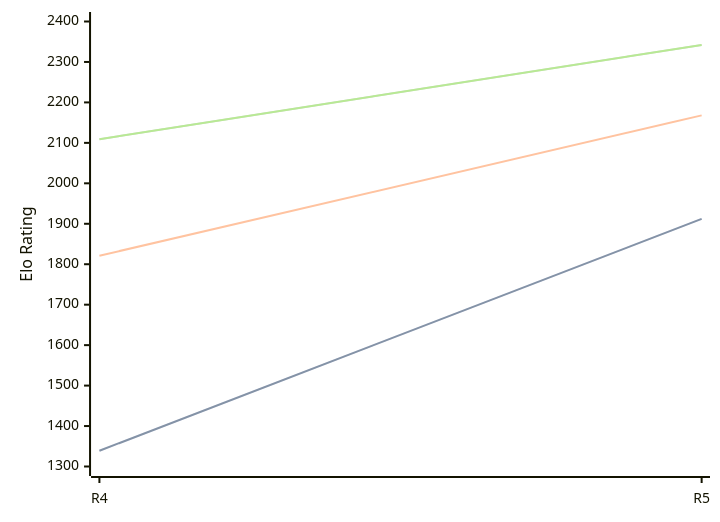
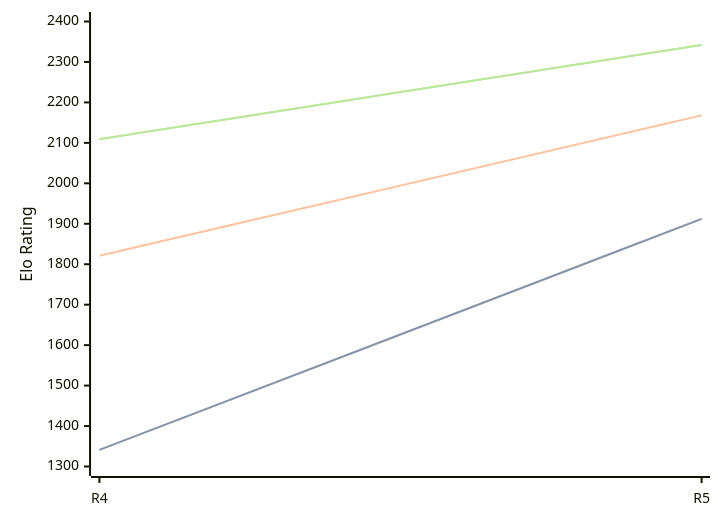
One commit to computer-chess-index/cci changed the diagram in engines/Viking.md. Above: the diagram before and after it, drawn with Mermaid. The commit also changed other lines of this file, not shown here.

````diff
--- a/engines/Viking.md
+++ b/engines/Viking.md
@@ -35,11 +35,11 @@
 ```mermaid
 %%{init: {"theme":"base","themeVariables":{"seriesColors:['#a3a3a3','#222221','#faa371']}}}%%
 xychart-beta
   x-axis ["R4", "R5"]
   y-axis "Elo Rating" 1300 --> 2400
-  line "STC (8.0+0.08s)" [1339, 1912]
-  line "STC (8.0+0.08s)" [1339, 1912]
+  line "STC (8.0+0.08s)" [1341, 1912]
+  line "STC (8.0+0.08s)" [1341, 1912]
   line "LTC (60.0+0.60s)" [1821, 2168]
   line "VLTC (2m24s+1.12s)" [2109, 2342]
   line "VLTC (2m24s+1.12s)" [2109, 2342]
 ```
````
